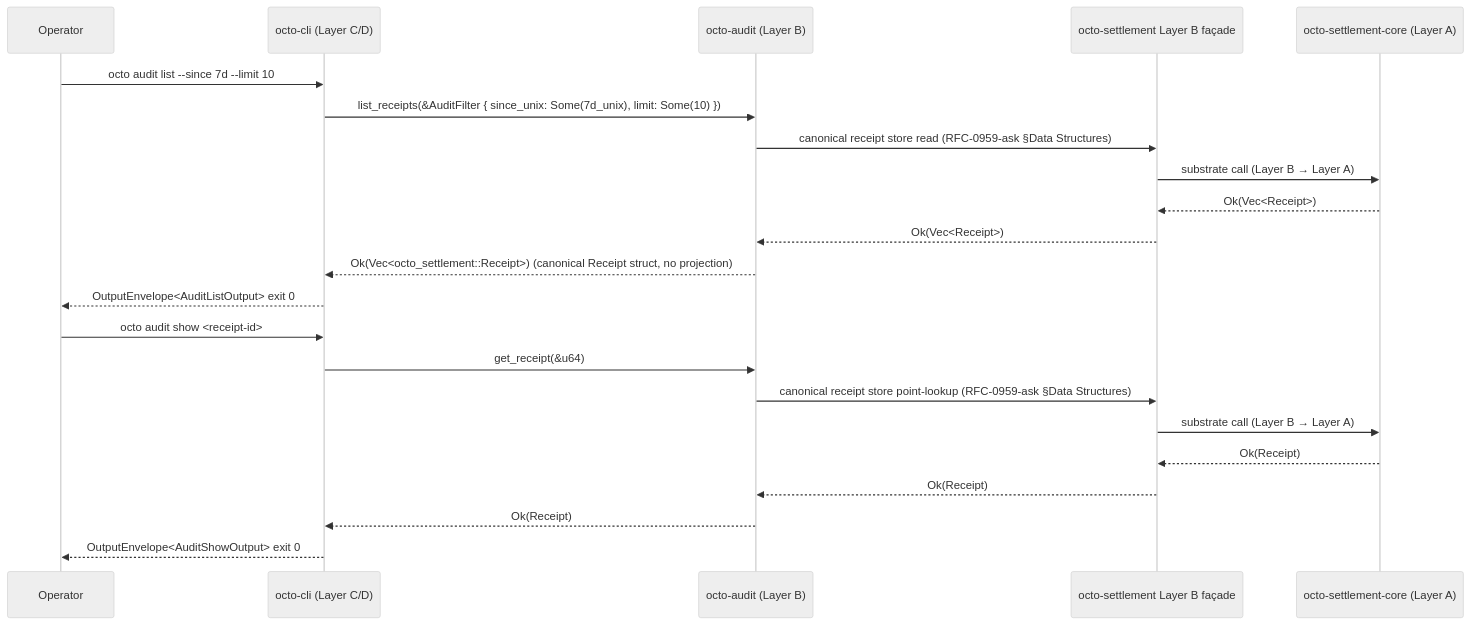
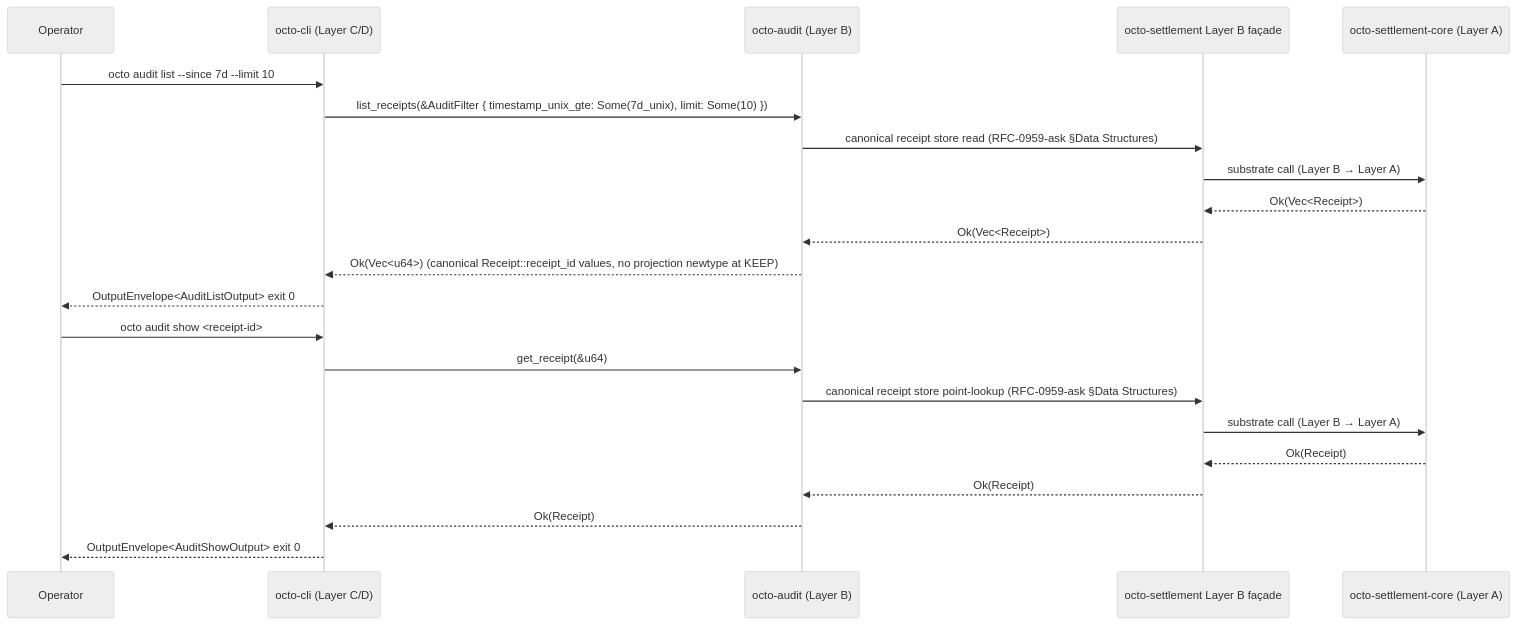
Before and after one commit to CipherOcto/cipherocto: the diagram in rfcs/draft/process/0016-audit-receipt-api.md, drawn with Mermaid (neutral theme). The commit also changed other lines of this file and 5 other files, not shown here.

First line of the commit message:
fix(octo-agent-list): R50.5 close HIGH+MED substrate defects + realign RFC-0016 read surface

````diff
--- a/rfcs/draft/process/0016-audit-receipt-api.md
+++ b/rfcs/draft/process/0016-audit-receipt-api.md
@@ -364,26 +371,26 @@
 ```mermaid
 sequenceDiagram
     participant Op as Operator
     participant CLI as octo-cli (Layer C/D)
     participant Aud as octo-audit (Layer B)
     participant Settle as octo-settlement Layer B façade
     participant SettleCore as octo-settlement-core (Layer A)
 
     Op->>CLI: octo audit list --since 7d --limit 10
-    CLI->>Aud: list_receipts(&AuditFilter { since_unix: Some(7d_unix), limit: Some(10) })
+    CLI->>Aud: list_receipts(&AuditFilter { timestamp_unix_gte: Some(7d_unix), limit: Some(10) })
     Aud->>Settle: canonical receipt store read (RFC-0959-ask §Data Structures)
     Settle->>SettleCore: substrate call (Layer B → Layer A)
     SettleCore-->>Settle: Ok(Vec<Receipt>)
     Settle-->>Aud: Ok(Vec<Receipt>)
-    Aud-->>CLI: Ok(Vec<octo_settlement::Receipt>) (canonical Receipt struct, no projection)
+    Aud-->>CLI: Ok(Vec<u64>) (canonical Receipt::receipt_id values, no projection newtype at KEEP)
     CLI-->>Op: OutputEnvelope<AuditListOutput> exit 0
 
     Op->>CLI: octo audit show <receipt-id>
     CLI->>Aud: get_receipt(&u64)
     Aud->>Settle: canonical receipt store point-lookup (RFC-0959-ask §Data Structures)
     Settle->>SettleCore: substrate call (Layer B → Layer A)
     SettleCore-->>Settle: Ok(Receipt)
     Settle-->>Aud: Ok(Receipt)
     Aud-->>CLI: Ok(Receipt)
     CLI-->>Op: OutputEnvelope<AuditShowOutput> exit 0
 ```
````
